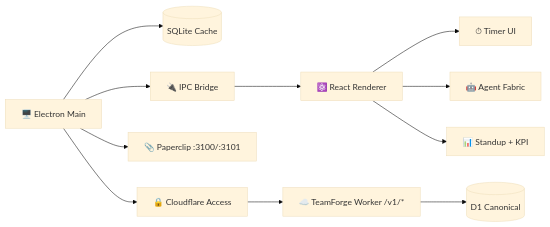
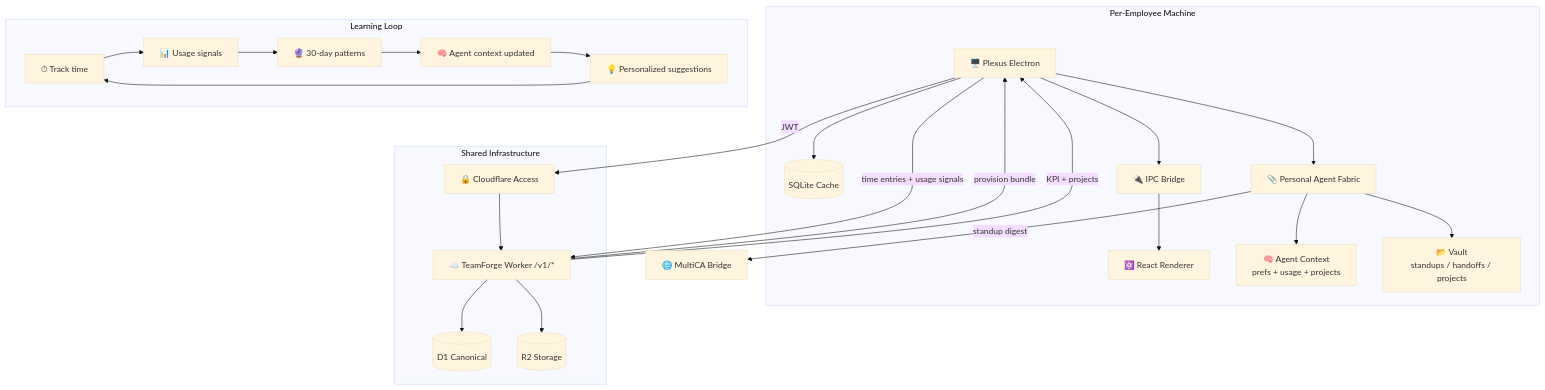
The diagram in README.md (Sheshiyer/plexus-ts), drawn with Mermaid (base theme) before and after one commit. The commit also changed other lines of this file and 16 other files, not shown here.

First line of the commit message:
feat: agent-fabric enrichment + 0.3.2 hardening patch

````diff
--- a/README.md
+++ b/README.md
@@ -96,13 +109,31 @@
 ```mermaid
-graph LR
-    A[🖥️ Electron Main] --> B[(SQLite Cache)]
-    A --> C[🔌 IPC Bridge]
-    C --> D[⚛️ React Renderer]
-    D --> E[⏱ Timer UI]
-    D --> F[🤖 Agent Fabric]
-    D --> G[📊 Standup + KPI]
-    A --> H[📎 Paperclip :3100/:3101]
-    A --> I[🔒 Cloudflare Access]
-    I --> J[☁️ TeamForge Worker /v1/*]
-    J --> K[(D1 Canonical)]
+graph TB
+    subgraph "Per-Employee Machine"
+        A[🖥️ Plexus Electron] --> B[(SQLite Cache)]
+        A --> C[🔌 IPC Bridge]
+        C --> D[⚛️ React Renderer]
+        A --> E[📎 Personal Agent Fabric]
+        E --> F[🧠 Agent Context<br/>prefs + usage + projects]
+        E --> G[📂 Vault<br/>standups / handoffs / projects]
+    end
+    
+    subgraph "Shared Infrastructure"
+        H[🔒 Cloudflare Access] --> I[☁️ TeamForge Worker /v1/*]
+        I --> J[(D1 Canonical)]
+        I --> K[(R2 Storage)]
+    end
+    
+    A -->|JWT| H
+    I -->|provision bundle| A
+    I -->|KPI + projects| A
+    A -->|time entries + usage signals| I
+    E -->|standup digest| L[🌐 MultiCA Bridge]
+    
+    subgraph "Learning Loop"
+        M[⏱ Track time] --> N[📊 Usage signals]
+        N --> O[🔮 30-day patterns]
+        O --> P[🧠 Agent context updated]
+        P --> Q[💡 Personalized suggestions]
+        Q --> M
+    end
 ```
````
